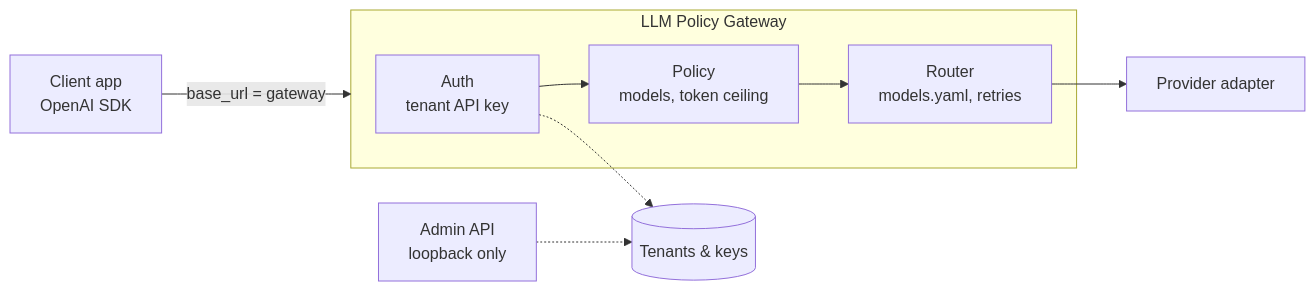
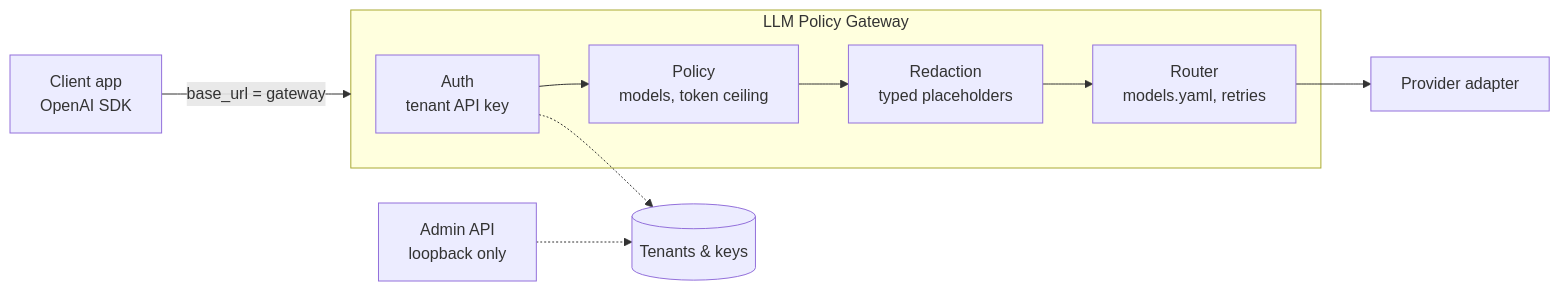
Before and after one commit to gharisj3/llm-policy-gateway: the diagram in README.md, drawn with Mermaid. The commit also changed other lines of this file, not shown here.

Commit message:
docs: explain redaction behavior and limitations

````diff
--- a/README.md
+++ b/README.md
@@ -48,11 +51,12 @@
 ```mermaid
 flowchart LR
     C[Client app<br/>OpenAI SDK] -->|base_url = gateway| G
     subgraph G[LLM Policy Gateway]
         A[Auth<br/>tenant API key] --> P[Policy<br/>models, token ceiling]
-        P --> R[Router<br/>models.yaml, retries]
+        P --> D[Redaction<br/>typed placeholders]
+        D --> R[Router<br/>models.yaml, retries]
     end
     R --> M[Provider adapter]
     AD[Admin API<br/>loopback only] -.-> DB[(Tenants & keys)]
     A -.-> DB
 ```
````
